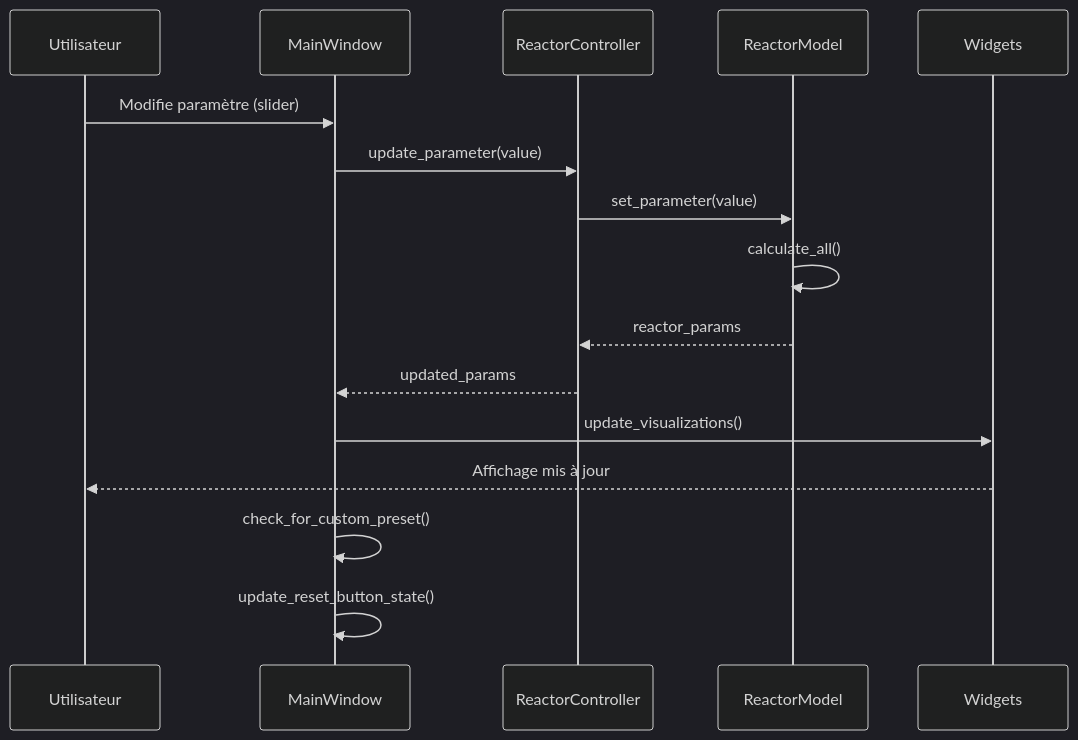
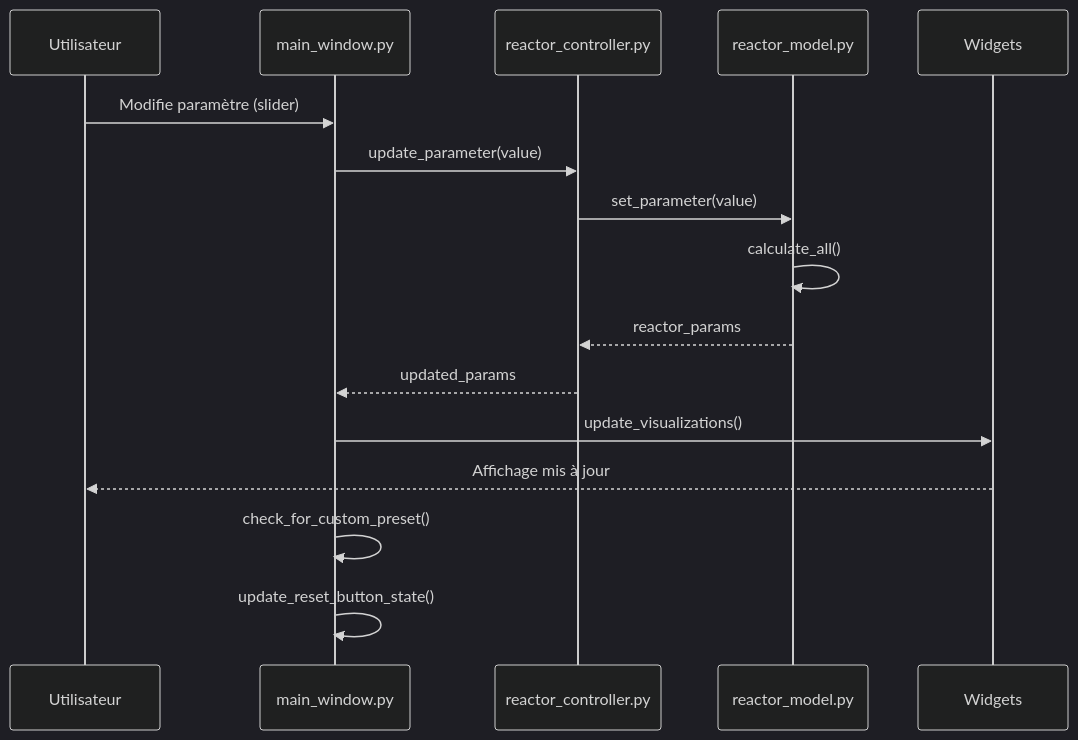
Before and after one commit to gaBBtry/NeutroScope: the second of 9 diagrams in docs/mermaid.md, drawn with Mermaid (dark theme). The commit also changed other lines of this file, not shown here.

````diff
--- a/docs/mermaid.md
+++ b/docs/mermaid.md
@@ -100,19 +55,18 @@
 ```mermaid
 sequenceDiagram
     participant U as Utilisateur
-    participant MW as MainWindow
-    participant RC as ReactorController
-    participant RM as ReactorModel
+    participant MW as main_window.py
+    participant RC as reactor_controller.py
+    participant RM as reactor_model.py
     participant W as Widgets
-    
     U->>MW: Modifie paramètre (slider)
     MW->>RC: update_parameter(value)
     RC->>RM: set_parameter(value)
     RM->>RM: calculate_all()
     RM-->>RC: reactor_params
     RC-->>MW: updated_params
     MW->>W: update_visualizations()
     W-->>U: Affichage mis à jour
     MW->>MW: check_for_custom_preset()
     MW->>MW: update_reset_button_state()
 ```
````
